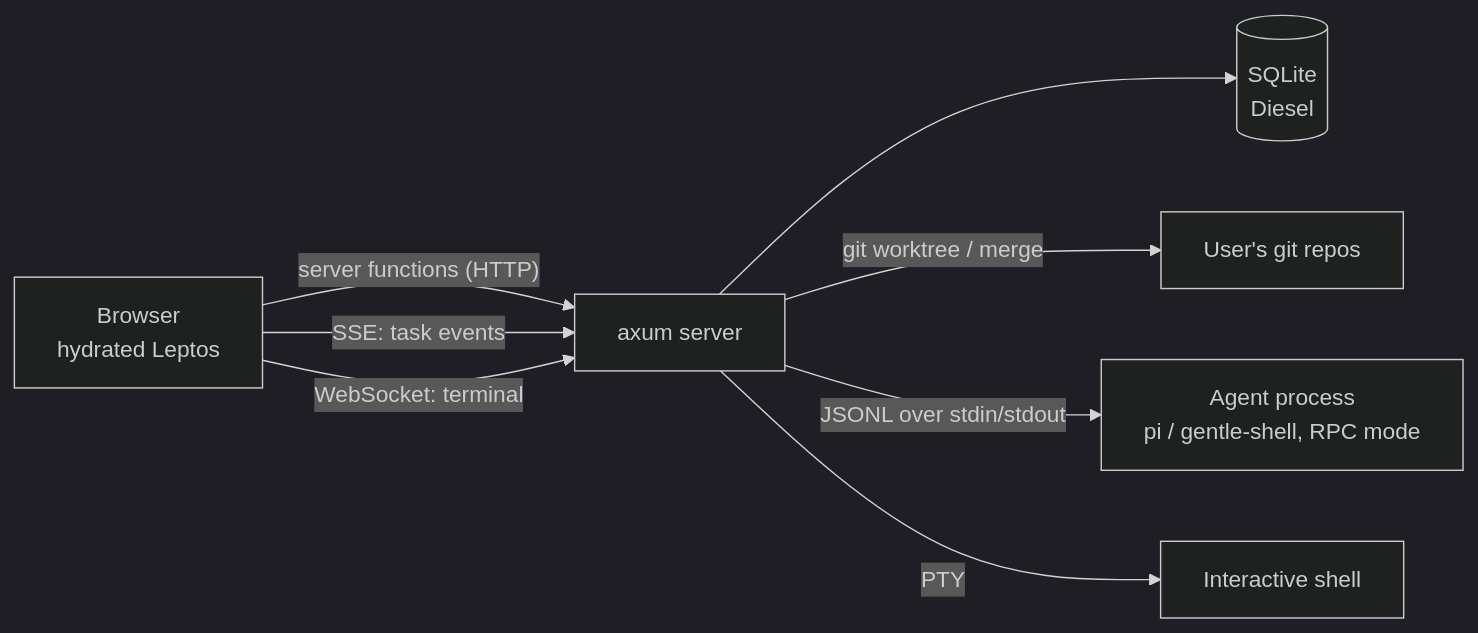
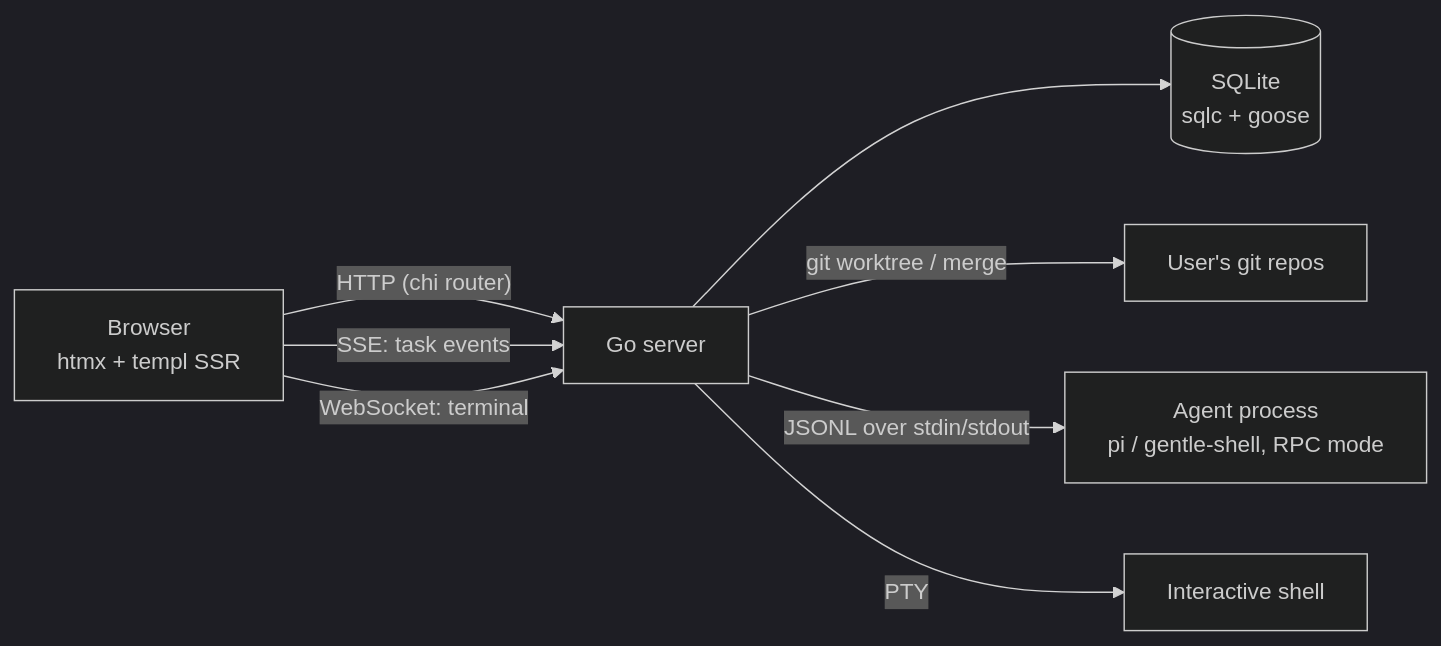
One commit to plopezm/iworkflow changed the first of 12 diagrams in ARCHITECTURE.md. Above: the diagram before and after it, drawn with Mermaid (dark theme). The commit also changed other lines of this file and 798 other files, not shown here.

````diff
--- a/ARCHITECTURE.md
+++ b/ARCHITECTURE.md
@@ -49,10 +49,10 @@
 ```mermaid
 flowchart LR
-    U[Browser<br/>hydrated Leptos] -- "server functions (HTTP)" --> S[axum server]
+    U[Browser<br/>htmx + templ SSR] -- "HTTP (chi router)" --> S[Go server]
     U -- "SSE: task events" --> S
     U -- "WebSocket: terminal" --> S
-    S --> DB[(SQLite<br/>Diesel)]
+    S --> DB[(SQLite<br/>sqlc + goose)]
     S -- "git worktree / merge" --> G[User's git repos]
     S -- "JSONL over stdin/stdout" --> A[Agent process<br/>pi / gentle-shell, RPC mode]
     S -- "PTY" --> T[Interactive shell]
 ```
````
